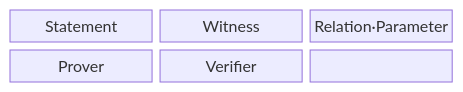
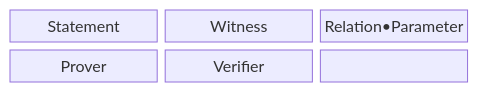
Before and after one commit to agnusdei1207/knowledge-base: the first of 2 diagrams in src/content/docs/notes/08-latest-tech/222_zero_knowledge_proof.md, drawn with Mermaid. The commit also changed other lines of this file and 953 other files, not shown here.

````diff
--- a/src/content/docs/notes/08-latest-tech/222_zero_knowledge_proof.md
+++ b/src/content/docs/notes/08-latest-tech/222_zero_knowledge_proof.md
@@ -66,11 +66,11 @@
 ```mermaid
 block-beta
   columns 3
   N0["Statement"]
   N1["Witness"]
-  N2["Relation·Parameter"]
+  N2["Relation•Parameter"]
   N3["Prover"]
   N4["Verifier"]
   N0 --- N1 --- N2
   N2 --- N3 --- N4
 ```
````
